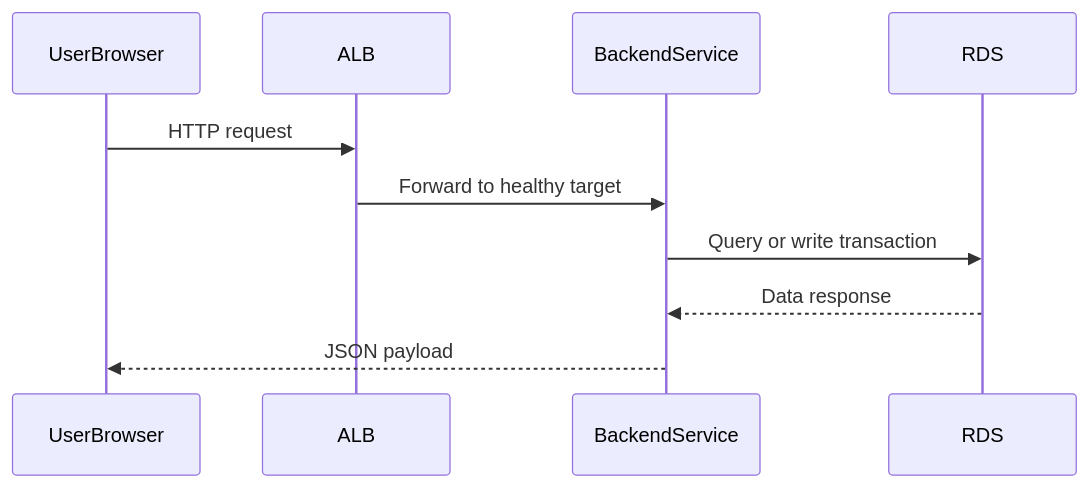
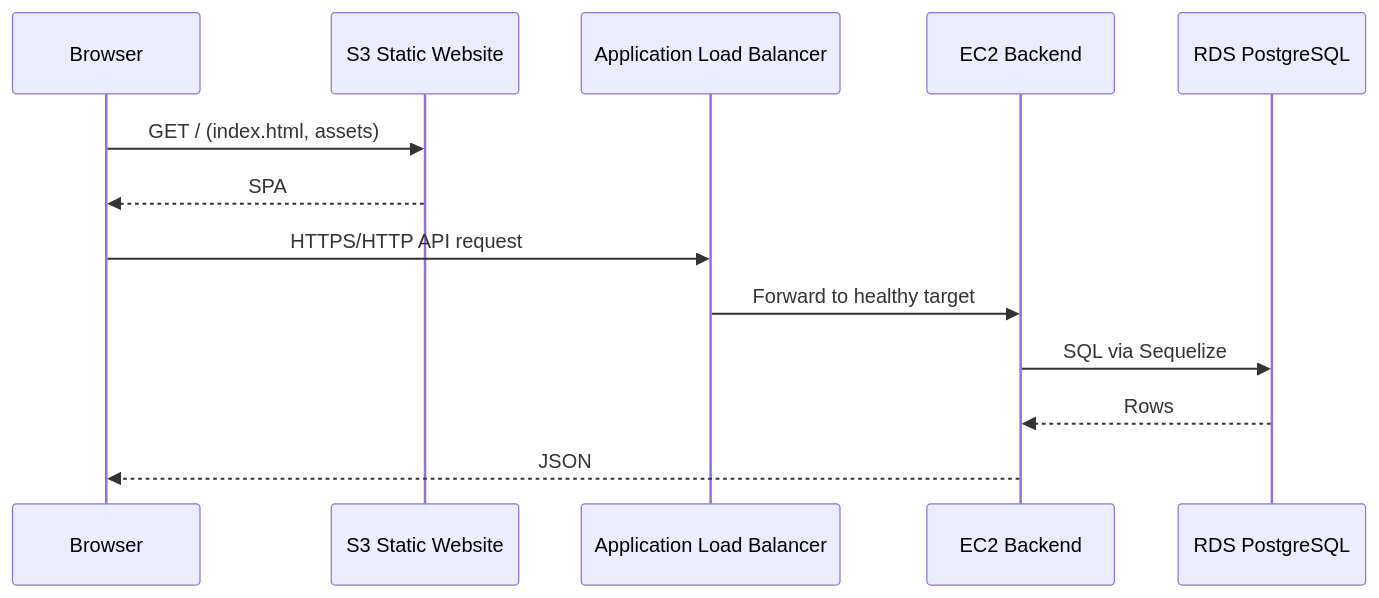
The second of 4 diagrams in REPORT.md (RaksaOC/Grand-Cineplex), drawn with Mermaid before and after one commit. The commit also changed other lines of this file and 4 other files, not shown here.

````diff
--- a/REPORT.md
+++ b/REPORT.md
@@ -139,13 +205,16 @@
 ```mermaid
 sequenceDiagram
-  participant U as UserBrowser
-  participant A as ALB
-  participant B as BackendService
-  participant D as RDS
+  participant B as Browser
+  participant S3 as S3 Static Website
+  participant ALB as Application Load Balancer
+  participant EC2 as EC2 Backend
+  participant DB as RDS PostgreSQL
 
-  U->>A: HTTP request
-  A->>B: Forward to healthy target
-  B->>D: Query or write transaction
-  D-->>B: Data response
-  B-->>U: JSON payload
+  B->>S3: GET / (index.html, assets)
+  S3-->>B: SPA
+  B->>ALB: HTTPS/HTTP API request
+  ALB->>EC2: Forward to healthy target
+  EC2->>DB: SQL via Sequelize
+  DB-->>EC2: Rows
+  EC2-->>B: JSON
 ```
````
